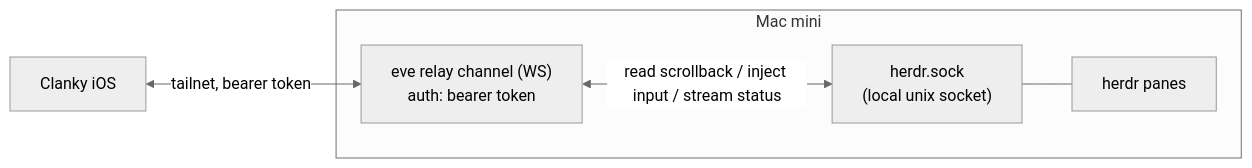
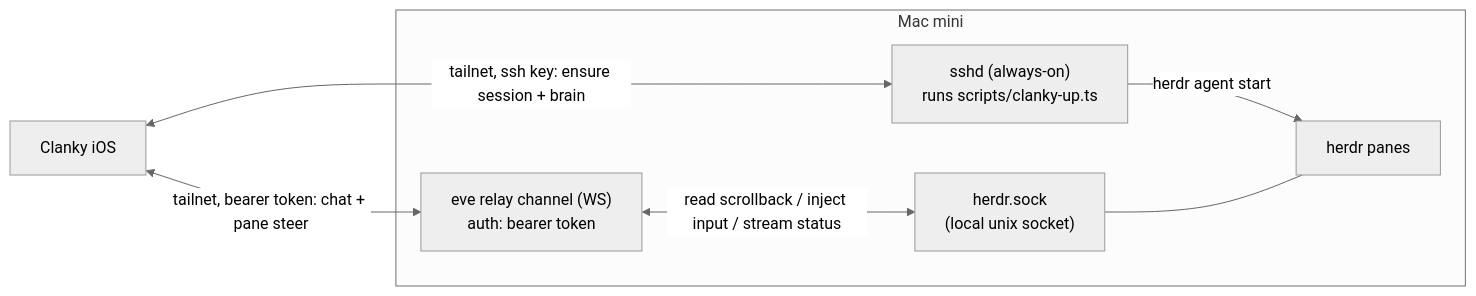
One commit to Volpestyle/clanky changed the second of 3 diagrams in SPEC.md. Above: the diagram before and after it, drawn with Mermaid (neutral theme). The commit also changed other lines of this file and 3 other files, not shown here.

First line of the commit message:
feat(relay,lifecycle): SSH cold-start seam + relay start/close ops

````diff
--- a/SPEC.md
+++ b/SPEC.md
@@ -184,12 +186,15 @@
 ```mermaid
 flowchart LR
   phone["Clanky iOS"]
   subgraph mac["Mac mini"]
+    sshd["sshd (always-on)<br/>runs scripts/clanky-up.ts"]
     relay["eve relay channel (WS)<br/>auth: bearer token"]
     sock["herdr.sock<br/>(local unix socket)"]
     herdr["herdr panes"]
   end
-  phone <-->|tailnet, bearer token| relay
+  phone <-->|tailnet, ssh key: ensure session + brain| sshd
+  phone <-->|tailnet, bearer token: chat + pane steer| relay
+  sshd -->|herdr agent start| herdr
   relay <-->|read scrollback / inject input / stream status| sock
   sock --- herdr
 ```
````
